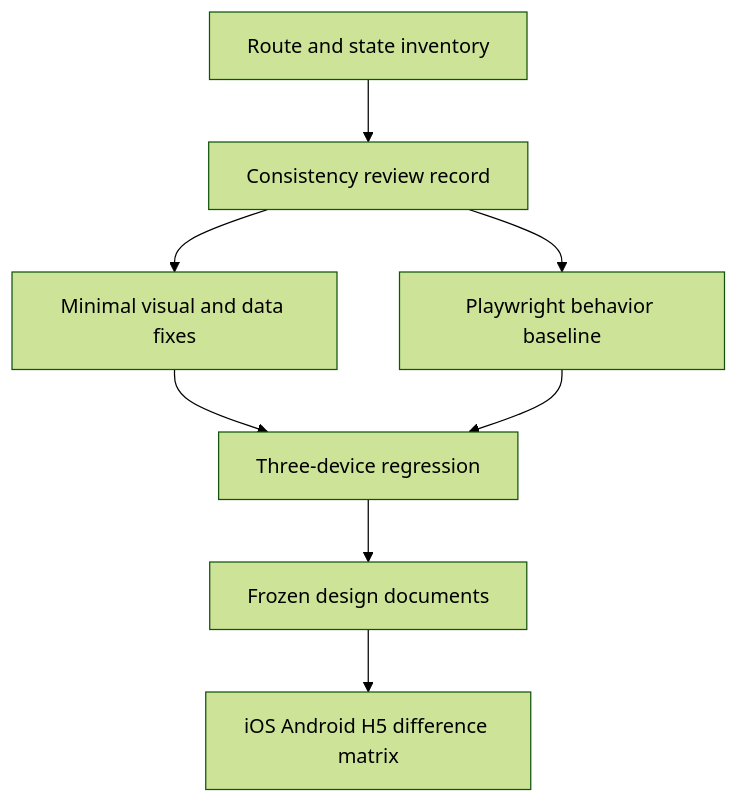
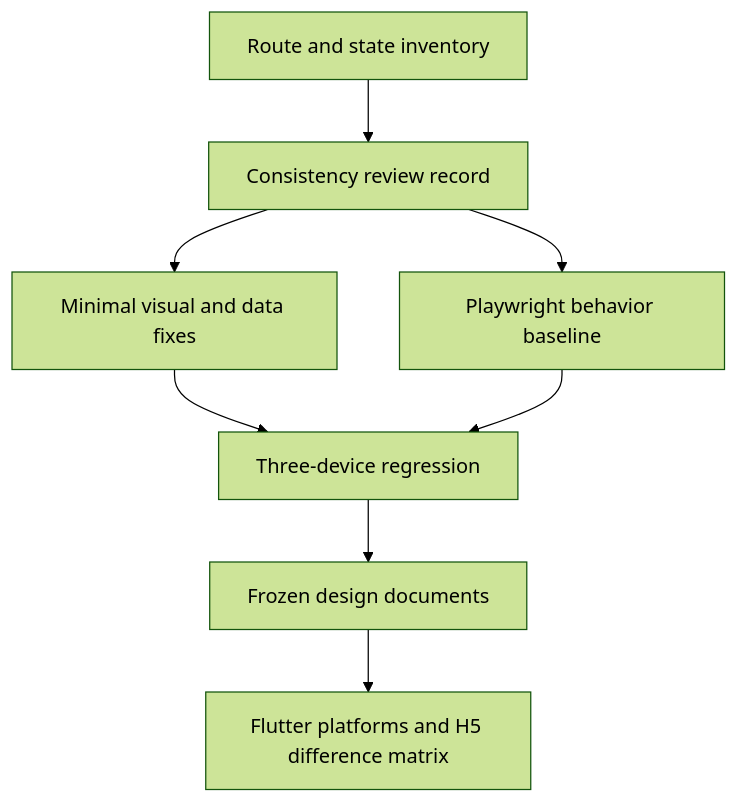
Before and after one commit to ZhcChen/redcode-im: the diagram in docs/plans/2026-08-01-002-refactor-im-ui-preview-stabilization-and-handoff-plan.md, drawn with Mermaid (forest theme). The commit also changed other lines of this file, not shown here.

````diff
--- a/docs/plans/2026-08-01-002-refactor-im-ui-preview-stabilization-and-handoff-plan.md
+++ b/docs/plans/2026-08-01-002-refactor-im-ui-preview-stabilization-and-handoff-plan.md
@@ -101,10 +101,10 @@
 ```mermaid
 flowchart TB
   A[Route and state inventory] --> B[Consistency review record]
   B --> C[Minimal visual and data fixes]
   B --> D[Playwright behavior baseline]
   C --> E[Three-device regression]
   D --> E
   E --> F[Frozen design documents]
-  F --> G[iOS Android H5 difference matrix]
+  F --> G[Flutter platforms and H5 difference matrix]
 ```
````
